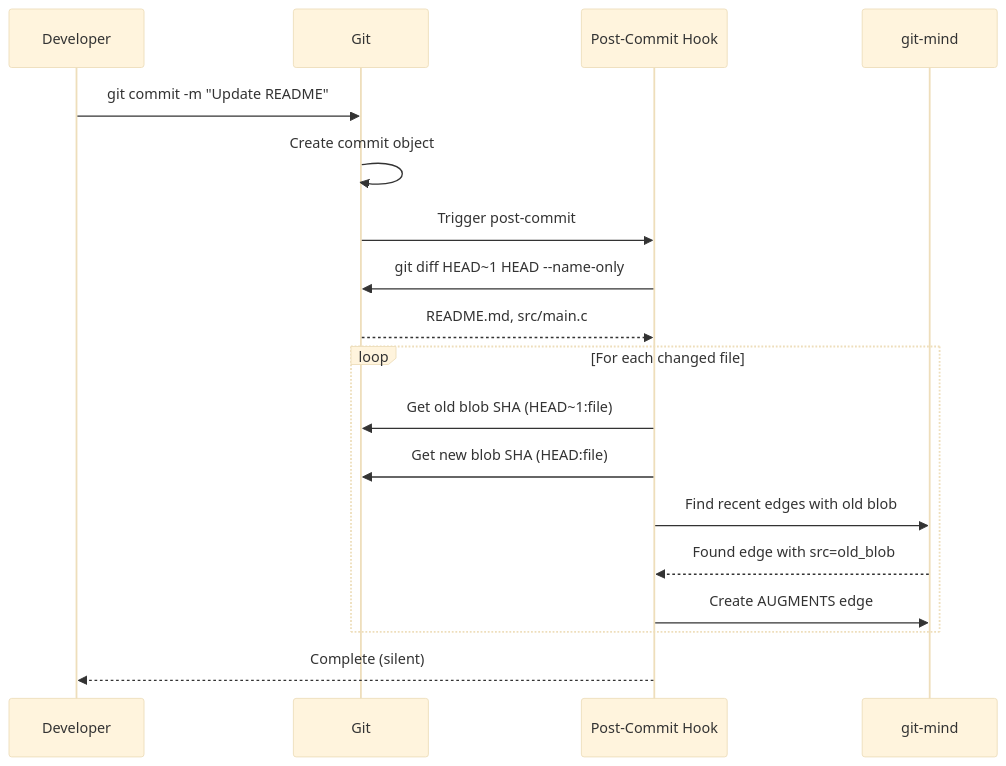
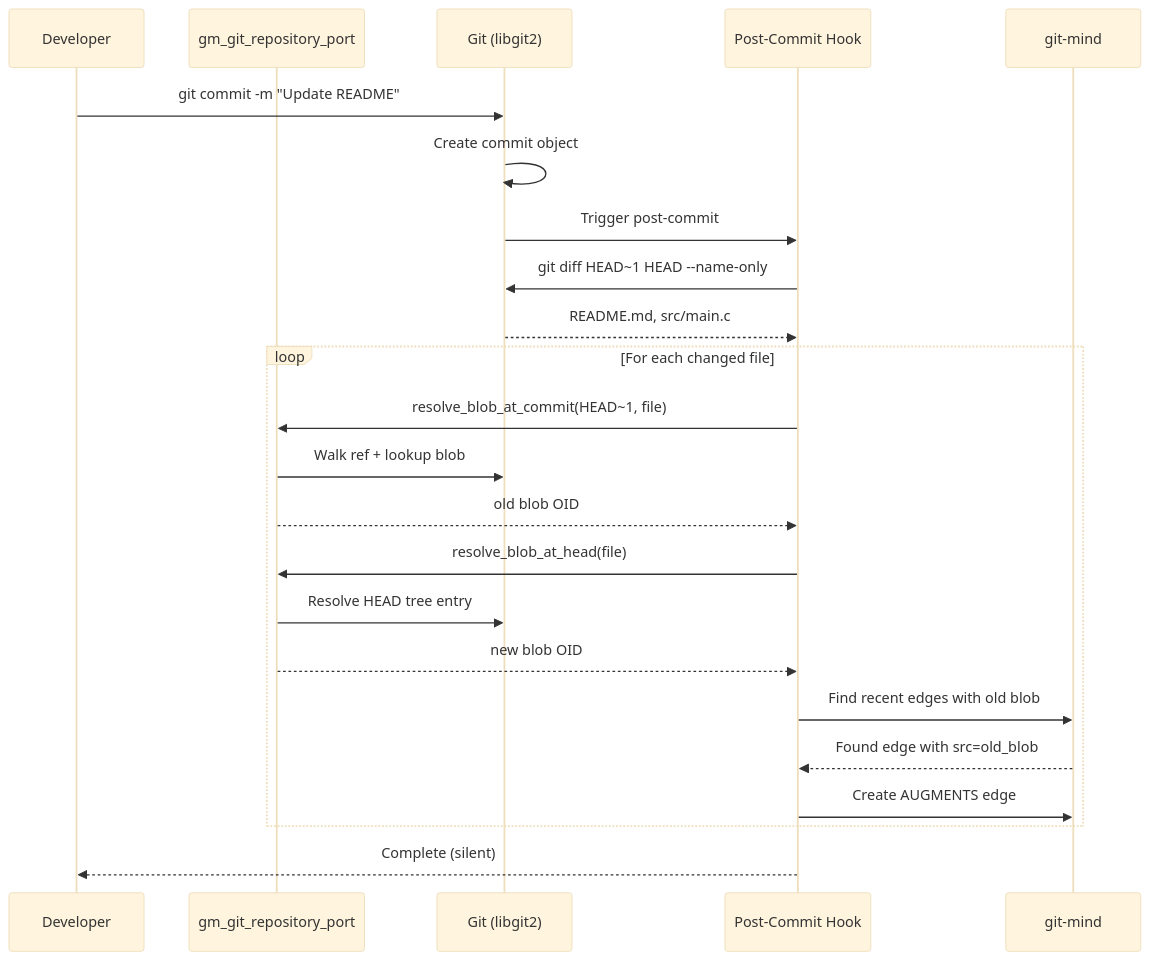
One commit to neuroglyph/git-mind changed the second of 6 diagrams in docs/architecture/augments-system.md. Above: the diagram before and after it, drawn with Mermaid (base theme). The commit also changed other lines of this file and 8 other files, not shown here.

First line of the commit message:
feat(core): Migrate augment hooks to git_repository_port with commit-aware blob resolution

````diff
--- a/docs/architecture/augments-system.md
+++ b/docs/architecture/augments-system.md
@@ -47,23 +47,28 @@
 ```mermaid
 sequenceDiagram
     participant Dev as Developer
-    participant Git as Git
+    participant RepoPort as gm_git_repository_port
+    participant Git as Git (libgit2)
     participant Hook as Post-Commit Hook
     participant GM as git-mind
     
     Dev->>Git: git commit -m "Update README"
     Git->>Git: Create commit object
     Git->>Hook: Trigger post-commit
     Hook->>Git: git diff HEAD~1 HEAD --name-only
     Git-->>Hook: README.md, src/main.c
     
     loop For each changed file
-        Hook->>Git: Get old blob SHA (HEAD~1:file)
-        Hook->>Git: Get new blob SHA (HEAD:file)
+    Hook->>RepoPort: resolve_blob_at_commit(HEAD~1, file)
+    RepoPort->>Git: Walk ref + lookup blob
+    RepoPort-->>Hook: old blob OID
+    Hook->>RepoPort: resolve_blob_at_head(file)
+    RepoPort->>Git: Resolve HEAD tree entry
+    RepoPort-->>Hook: new blob OID
         Hook->>GM: Find recent edges with old blob
         GM-->>Hook: Found edge with src=old_blob
         Hook->>GM: Create AUGMENTS edge
     end
     
     Hook-->>Dev: Complete (silent)
 ```
````
